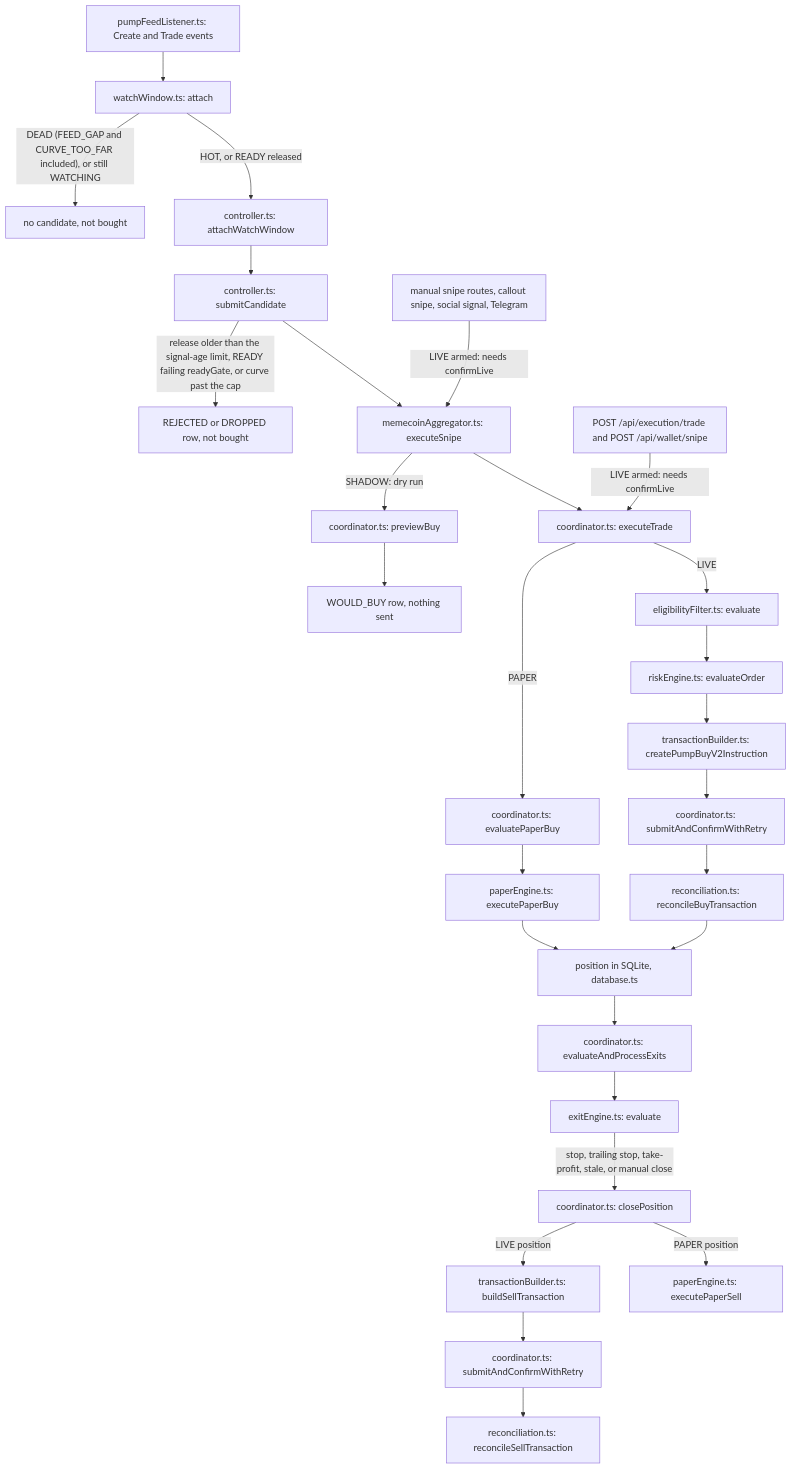
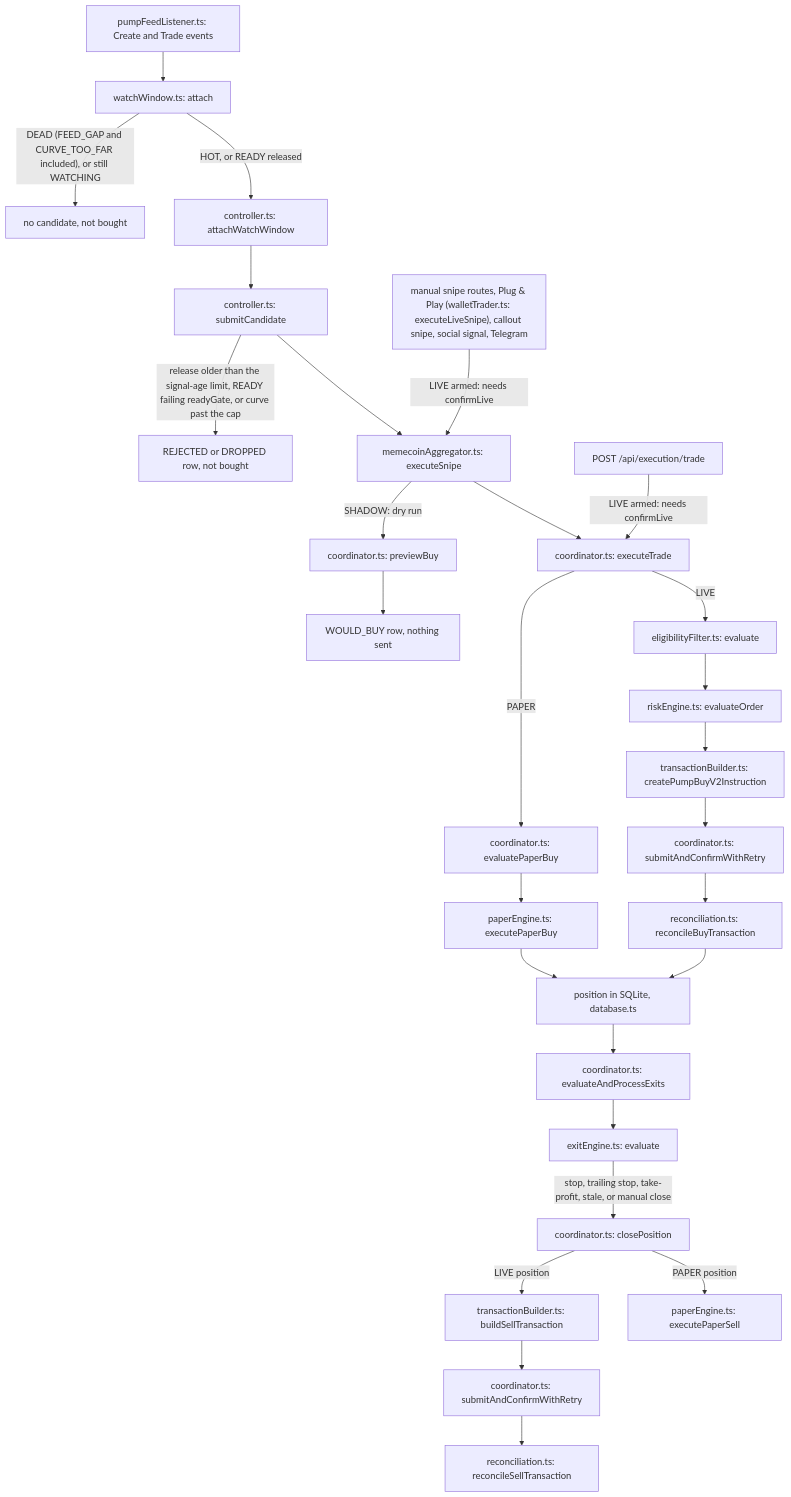
Before and after one commit to ttcdm/hft: the first of 3 diagrams in docs/ARCHITECTURE.md, drawn with Mermaid. The commit also changed other lines of this file and 8 other files, not shown here.

First line of the commit message:
fix(R5-40,R5-42): Plug & Play buy runs executeSnipe's gates; Telegram /snipe labelled and honest

````diff
--- a/docs/ARCHITECTURE.md
+++ b/docs/ARCHITECTURE.md
@@ -40,30 +40,30 @@
 ```mermaid
 flowchart TD
   feed["pumpFeedListener.ts: Create and Trade events"] --> ww["watchWindow.ts: attach"]
   ww -->|"DEAD (FEED_GAP and CURVE_TOO_FAR included), or still WATCHING"| dropped["no candidate, not bought"]
   ww -->|"HOT, or READY released"| att["controller.ts: attachWatchWindow"]
   att --> sub["controller.ts: submitCandidate"]
   sub -->|"release older than the signal-age limit, READY failing readyGate, or curve past the cap"| refused["REJECTED or DROPPED row, not bought"]
   sub --> snipe["memecoinAggregator.ts: executeSnipe"]
-  manual["manual snipe routes, callout snipe, social signal, Telegram"] -->|"LIVE armed: needs confirmLive"| snipe
+  manual["manual snipe routes, Plug & Play (walletTrader.ts: executeLiveSnipe), callout snipe, social signal, Telegram"] -->|"LIVE armed: needs confirmLive"| snipe
   snipe -->|"SHADOW: dry run"| prev["coordinator.ts: previewBuy"]
   prev --> would["WOULD_BUY row, nothing sent"]
   snipe --> exec["coordinator.ts: executeTrade"]
-  direct["POST /api/execution/trade and POST /api/wallet/snipe"] -->|"LIVE armed: needs confirmLive"| exec
+  direct["POST /api/execution/trade"] -->|"LIVE armed: needs confirmLive"| exec
   exec -->|"PAPER"| pgate["coordinator.ts: evaluatePaperBuy"]
   pgate --> pfill["paperEngine.ts: executePaperBuy"]
   exec -->|"LIVE"| elig["eligibilityFilter.ts: evaluate"]
   elig --> risk["riskEngine.ts: evaluateOrder"]
   risk --> build["transactionBuilder.ts: createPumpBuyV2Instruction"]
   build --> send["coordinator.ts: submitAndConfirmWithRetry"]
   send --> recon["reconciliation.ts: reconcileBuyTransaction"]
   pfill --> pos["position in SQLite, database.ts"]
   recon --> pos
   pos --> exits["coordinator.ts: evaluateAndProcessExits"]
   exits --> rule["exitEngine.ts: evaluate"]
   rule -->|"stop, trailing stop, take-profit, stale, or manual close"| close["coordinator.ts: closePosition"]
   close -->|"LIVE position"| sbuild["transactionBuilder.ts: buildSellTransaction"]
   sbuild --> ssend["coordinator.ts: submitAndConfirmWithRetry"]
   ssend --> sell["reconciliation.ts: reconcileSellTransaction"]
   close -->|"PAPER position"| psell["paperEngine.ts: executePaperSell"]
 ```
````
